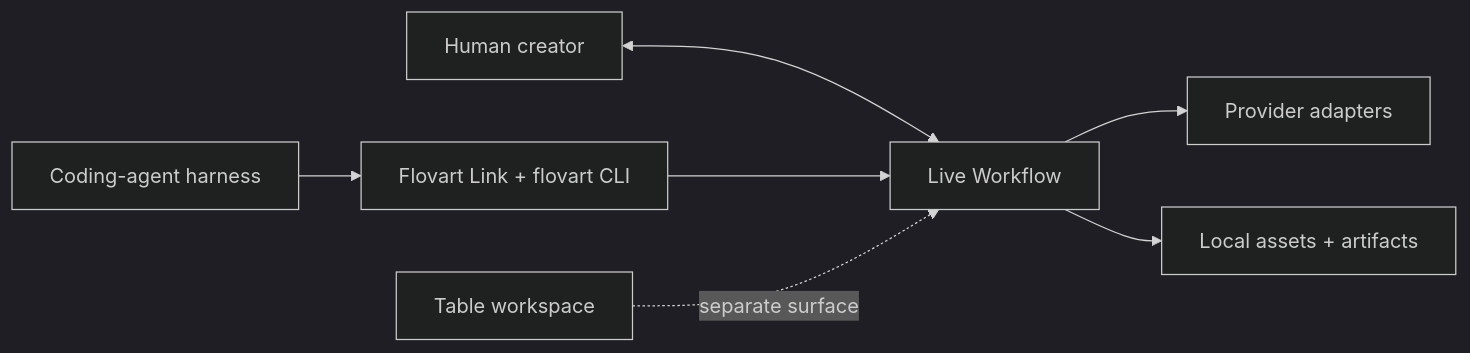
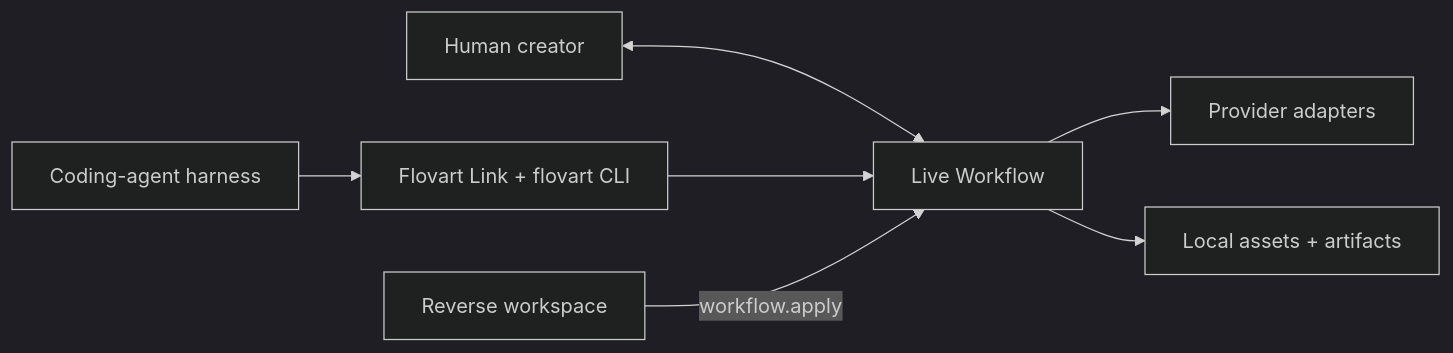
Before and after one commit to avabbbb/Flovart: the diagram in README.md, drawn with Mermaid (dark theme). The commit also changed other lines of this file and 37 other files, not shown here.

````diff
--- a/README.md
+++ b/README.md
@@ -171,9 +171,9 @@
 ```mermaid
 flowchart LR
   H["Human creator"] <--> W["Live Workflow"]
   A["Coding-agent harness"] --> L["Flovart Link + flovart CLI"]
   L --> W
   W --> P["Provider adapters"]
   W --> R["Local assets + artifacts"]
-  T["Table workspace"] -. separate surface .-> W
+  RV["Reverse workspace"] -->|"workflow.apply"| W
 ```
````
